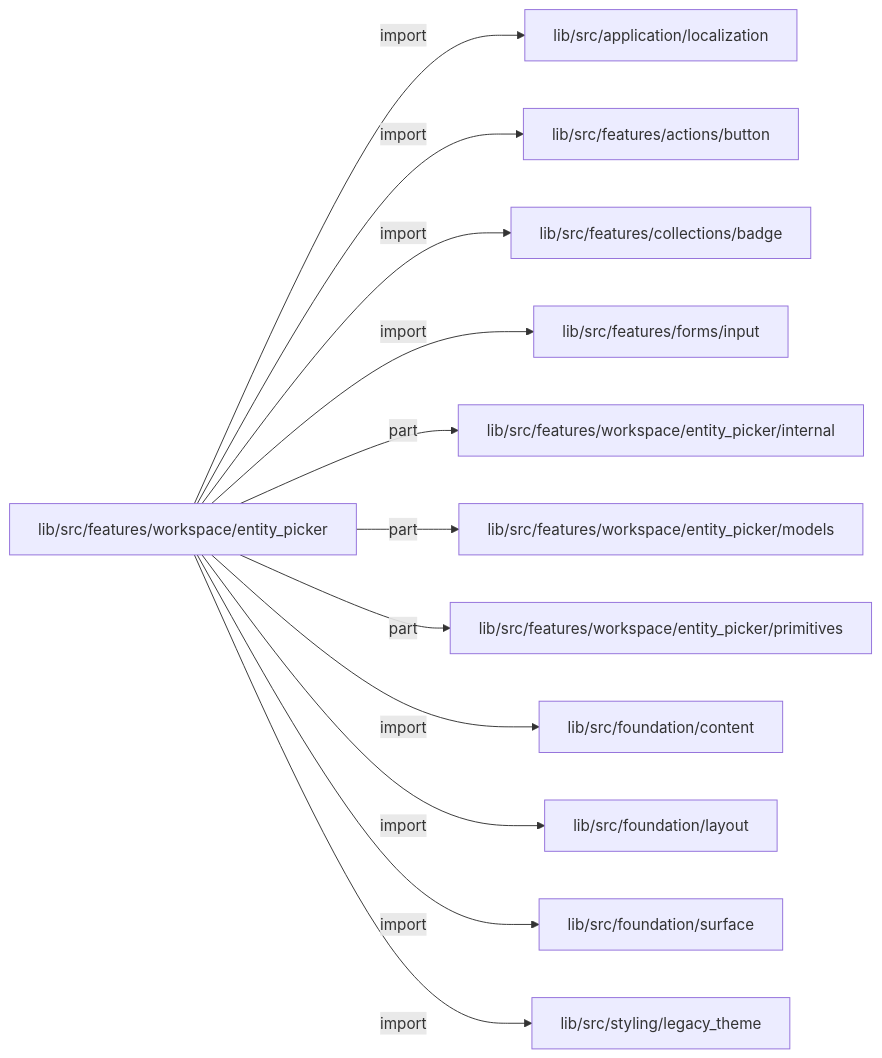
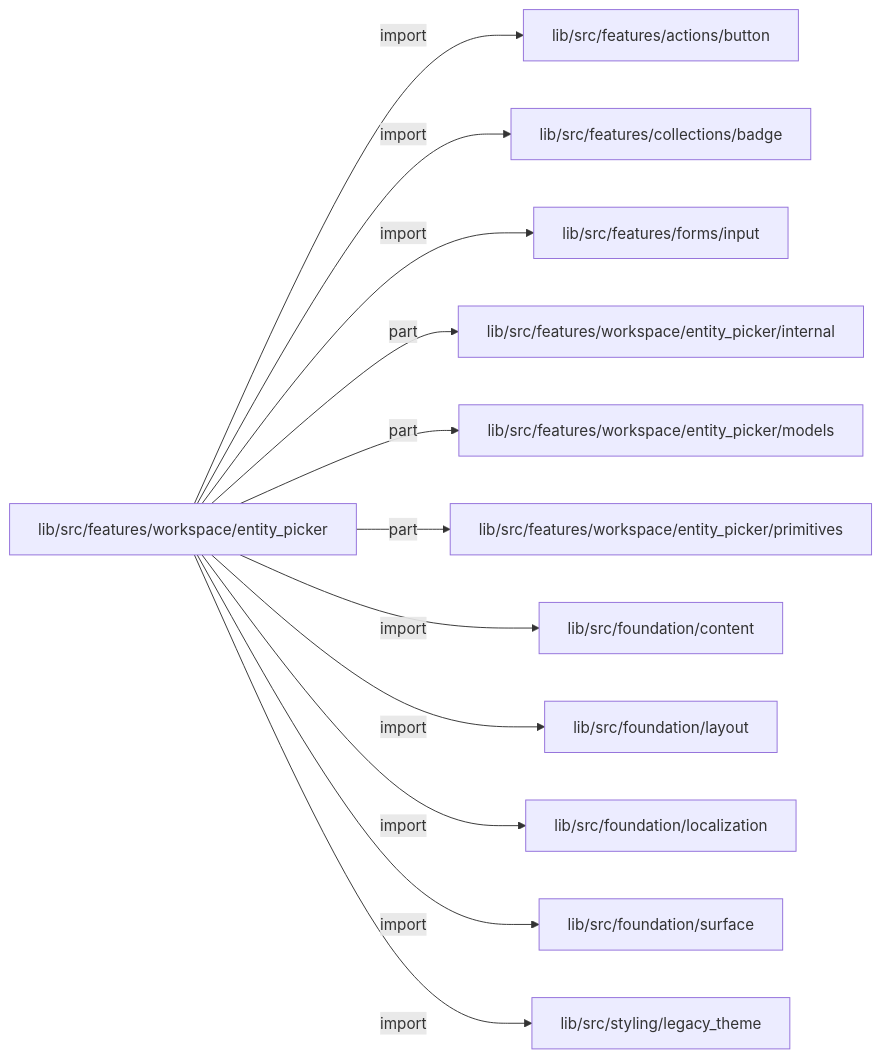
The first of 3 diagrams in docs/architecture/src/features/workspace/entity_picker/README.md (MiuDog/Kallopis), drawn with Mermaid before and after one commit. The commit also changed other lines of this file and 9688 other files, not shown here.

Commit message:
Prepare isolated Flow F2 peer baseline

````diff
--- a/docs/architecture/src/features/workspace/entity_picker/README.md
+++ b/docs/architecture/src/features/workspace/entity_picker/README.md
@@ -13,26 +13,26 @@
 ```mermaid
 flowchart LR
 	n0["lib/src/features/workspace/entity_picker"]
-	n1["lib/src/application/localization"]
-	n2["lib/src/features/actions/button"]
-	n3["lib/src/features/collections/badge"]
-	n4["lib/src/features/forms/input"]
-	n5["lib/src/features/workspace/entity_picker/internal"]
-	n6["lib/src/features/workspace/entity_picker/models"]
-	n7["lib/src/features/workspace/entity_picker/primitives"]
-	n8["lib/src/foundation/content"]
-	n9["lib/src/foundation/layout"]
+	n1["lib/src/features/actions/button"]
+	n2["lib/src/features/collections/badge"]
+	n3["lib/src/features/forms/input"]
+	n4["lib/src/features/workspace/entity_picker/internal"]
+	n5["lib/src/features/workspace/entity_picker/models"]
+	n6["lib/src/features/workspace/entity_picker/primitives"]
+	n7["lib/src/foundation/content"]
+	n8["lib/src/foundation/layout"]
+	n9["lib/src/foundation/localization"]
 	n10["lib/src/foundation/surface"]
 	n11["lib/src/styling/legacy_theme"]
 	n0 -->|"import"| n1
 	n0 -->|"import"| n2
 	n0 -->|"import"| n3
-	n0 -->|"import"| n4
+	n0 -->|"part"| n4
 	n0 -->|"part"| n5
 	n0 -->|"part"| n6
-	n0 -->|"part"| n7
+	n0 -->|"import"| n7
 	n0 -->|"import"| n8
 	n0 -->|"import"| n9
 	n0 -->|"import"| n10
 	n0 -->|"import"| n11
 ```
````
